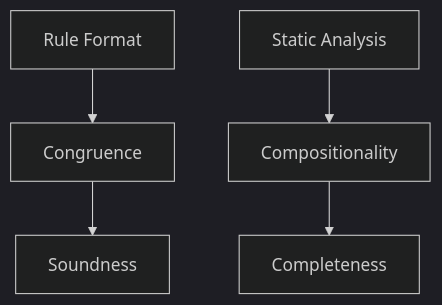
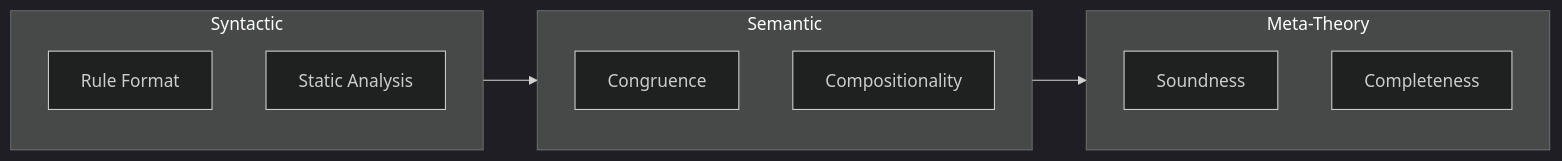
One commit to yshaaban/pa changed the eighth of 9 diagrams in process-algebra-verifier/docs/theory.md. Above: the diagram before and after it, drawn with Mermaid (dark theme). The commit also changed other lines of this file, not shown here.

First line of the commit message:
fix: further improve theory.md mermaid diagrams

````diff
--- a/process-algebra-verifier/docs/theory.md
+++ b/process-algebra-verifier/docs/theory.md
@@ -180,14 +205,19 @@
 ```mermaid
-graph TB
-    Format[Rule Format]
-    Static[Static Analysis]
-    Congr[Congruence]
-    Comp[Compositionality]
-    Sound[Soundness]
-    Complete[Completeness]
+graph LR
+    subgraph Syntax[Syntactic]
+        Format[Rule Format]
+        Static[Static Analysis]
+    end
 
-    Format --> Congr
-    Static --> Comp
-    Congr --> Sound
-    Comp --> Complete
+    subgraph Semantic[Semantic]
+        Congr[Congruence]
+        Comp[Compositionality]
+    end
+
+    subgraph Meta[Meta-Theory]
+        Sound[Soundness]
+        Complete[Completeness]
+    end
+
+    Syntax --> Semantic --> Meta
 ```
````
